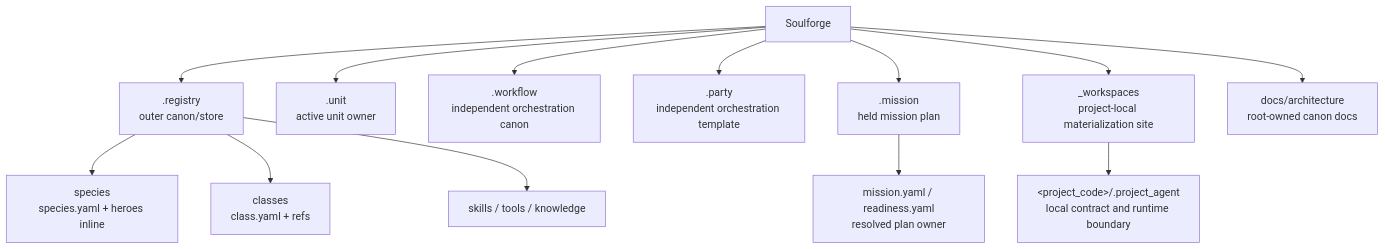
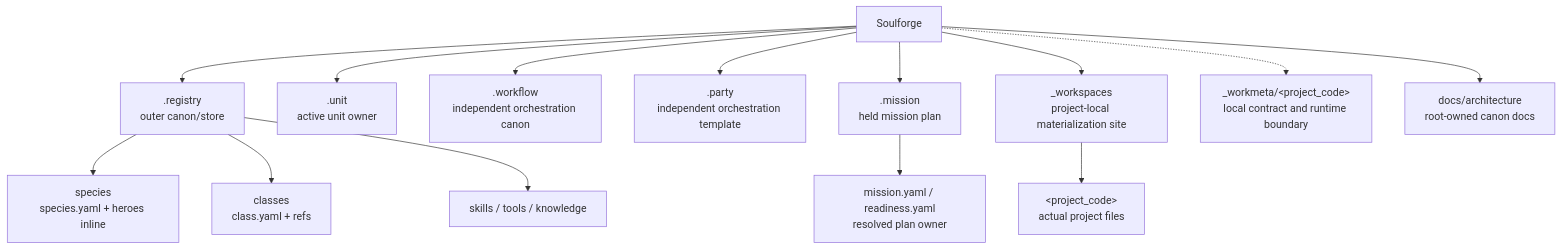
The diagram in docs/architecture/foundation/REPOSITORY_PURPOSE.md (SungYongMOON/soulforge), drawn with Mermaid before and after one commit. The commit also changed other lines of this file and 111 other files, not shown here.

````diff
--- a/docs/architecture/foundation/REPOSITORY_PURPOSE.md
+++ b/docs/architecture/foundation/REPOSITORY_PURPOSE.md
@@ -19,15 +19,16 @@
 ```mermaid
 flowchart TD
   S["Soulforge"] --> R[".registry<br/>outer canon/store"]
   R --> RS["species<br/>species.yaml + heroes inline"]
   R --> RC["classes<br/>class.yaml + refs"]
   R --> RR["skills / tools / knowledge"]
   S --> U[".unit<br/>active unit owner"]
   S --> W[".workflow<br/>independent orchestration canon"]
-  S --> P[".party<br/>independent orchestration template"]
+  S --> PT[".party<br/>independent orchestration template"]
   S --> MI[".mission<br/>held mission plan"]
   S --> M["_workspaces<br/>project-local materialization site"]
   MI --> MP["mission.yaml / readiness.yaml<br/>resolved plan owner"]
-  M --> PA["&lt;project_code&gt;/.project_agent<br/>local contract and runtime boundary"]
+  M --> PR["&lt;project_code&gt;<br/>actual project files"]
+  S -.-> WM["_workmeta/&lt;project_code&gt;<br/>local contract and runtime boundary"]
   S --> D["docs/architecture<br/>root-owned canon docs"]
 ```
````
